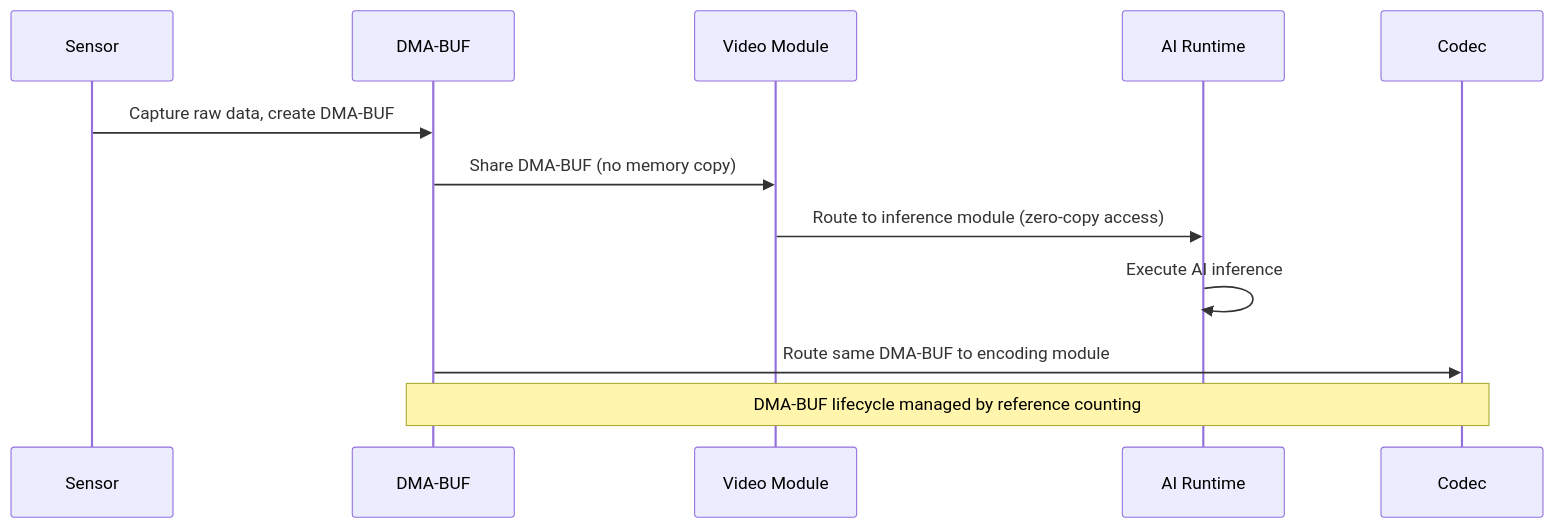
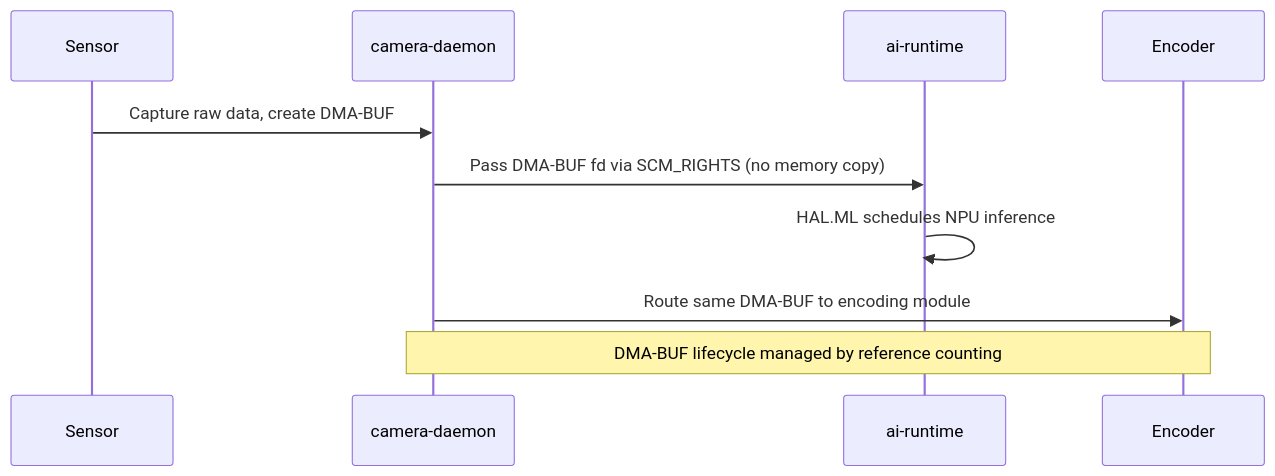
The fourth of 4 diagrams in i18n/en/docusaurus-plugin-content-docs/current/6-neoeyes-ne503-series/3-software-guide/0-system-architecture.md (luommy/wiki-documents), drawn with Mermaid before and after one commit. The commit also changed other lines of this file and 100 other files, not shown here.

````diff
--- a/i18n/en/docusaurus-plugin-content-docs/current/6-neoeyes-ne503-series/3-software-guide/0-system-architecture.md
+++ b/i18n/en/docusaurus-plugin-content-docs/current/6-neoeyes-ne503-series/3-software-guide/0-system-architecture.md
@@ -150,15 +164,13 @@
 ```mermaid
 sequenceDiagram
     participant S as Sensor
-    participant D as DMA-BUF
-    participant V as Video Module
-    participant A as AI Runtime
-    participant C as Codec
+    participant CAM as camera-daemon
+    participant AI as ai-runtime
+    participant E as Encoder
 
-    S->>D: Capture raw data, create DMA-BUF
-    D->>V: Share DMA-BUF (no memory copy)
-    V->>A: Route to inference module (zero-copy access)
-    A->>A: Execute AI inference
-    D->>C: Route same DMA-BUF to encoding module
-    Note over D,C: DMA-BUF lifecycle managed by reference counting
+    S->>CAM: Capture raw data, create DMA-BUF
+    CAM->>AI: Pass DMA-BUF fd via SCM_RIGHTS (no memory copy)
+    AI->>AI: HAL.ML schedules NPU inference
+    CAM->>E: Route same DMA-BUF to encoding module
+    Note over CAM,E: DMA-BUF lifecycle managed by reference counting
 ```
````
